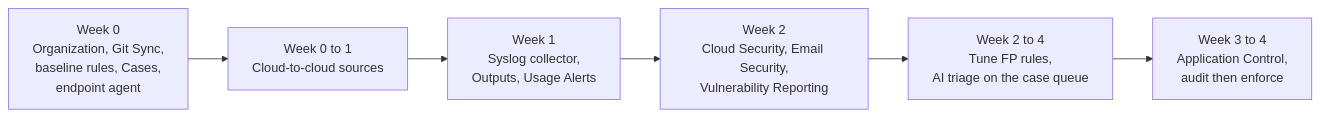
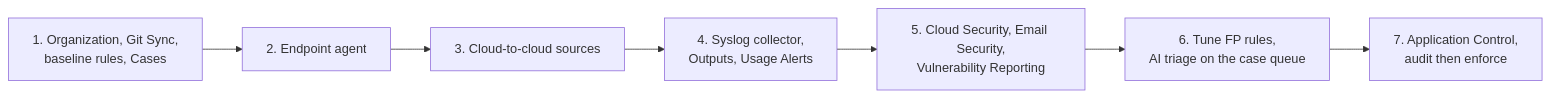
Before and after one commit to refractionPOINT/documentation: the second of 2 diagrams in docs/1-getting-started/mssp-deployment/index.md, drawn with Mermaid. The commit also changed other lines of this file and 5 other files, not shown here.

First line of the commit message:
docs(mssp-deployment): drop timeline, real billing units, Cases is GA (#642)

````diff
--- a/docs/1-getting-started/mssp-deployment/index.md
+++ b/docs/1-getting-started/mssp-deployment/index.md
@@ -109,8 +109,9 @@
 ```mermaid
 flowchart LR
-    W0["Week 0<br/>Organization, Git Sync,<br/>baseline rules, Cases,<br/>endpoint agent"] --> W01["Week 0 to 1<br/>Cloud-to-cloud sources"]
-    W01 --> W1["Week 1<br/>Syslog collector,<br/>Outputs, Usage Alerts"]
-    W1 --> W2["Week 2<br/>Cloud Security, Email Security,<br/>Vulnerability Reporting"]
-    W2 --> W24["Week 2 to 4<br/>Tune FP rules,<br/>AI triage on the case queue"]
-    W24 --> W34["Week 3 to 4<br/>Application Control,<br/>audit then enforce"]
+    S1["1. Organization, Git Sync,<br/>baseline rules, Cases"] --> S2["2. Endpoint agent"]
+    S2 --> S3["3. Cloud-to-cloud sources"]
+    S3 --> S4["4. Syslog collector,<br/>Outputs, Usage Alerts"]
+    S4 --> S5["5. Cloud Security, Email Security,<br/>Vulnerability Reporting"]
+    S5 --> S6["6. Tune FP rules,<br/>AI triage on the case queue"]
+    S6 --> S7["7. Application Control,<br/>audit then enforce"]
 ```
````
